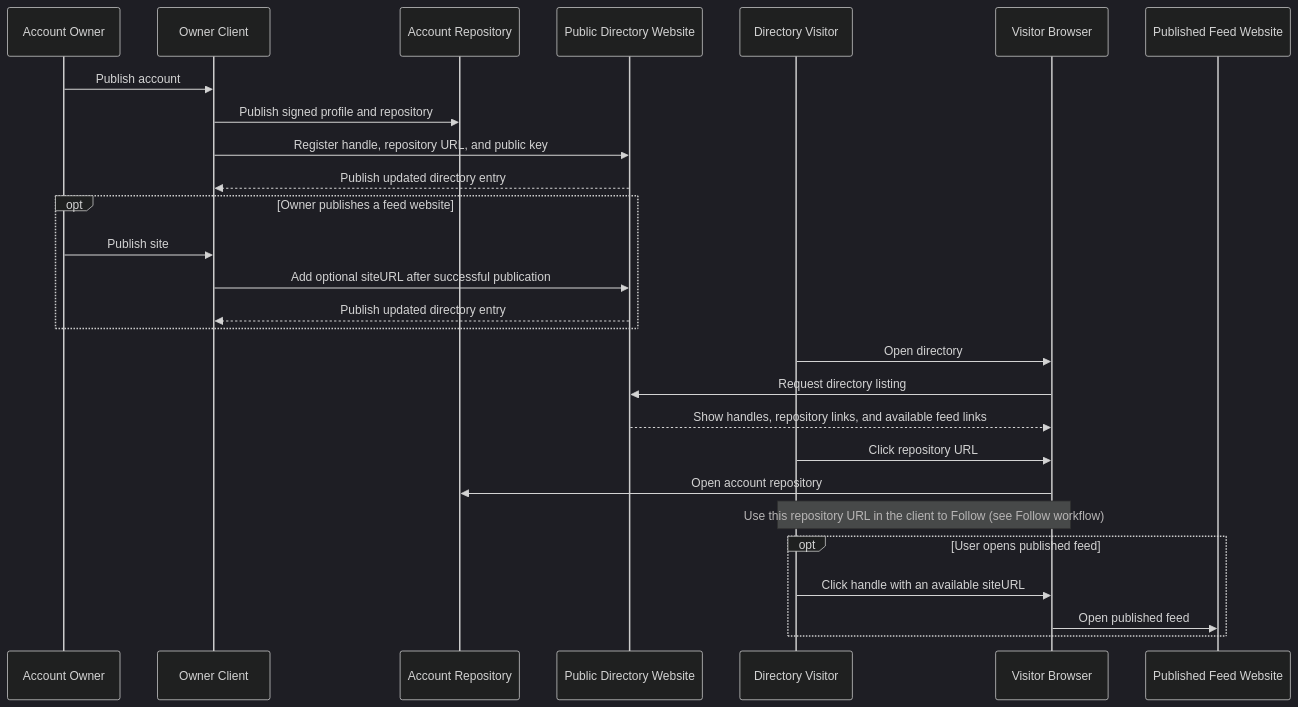
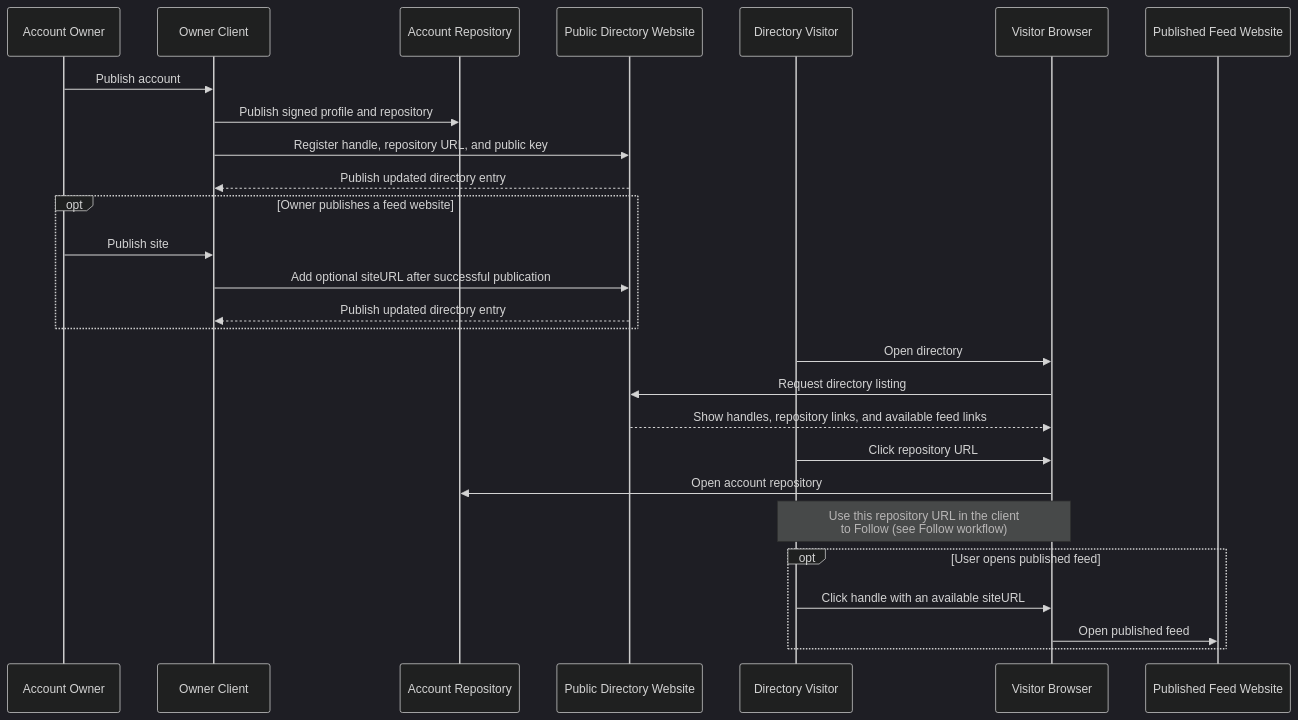
Before and after one commit to gargster/ELEC4712_Decentralised_Blog: the eighth of 8 diagrams in latest_design.md, drawn with Mermaid (dark theme). The commit also changed 1 other file, not shown here.

Commit message:
thesis work

````diff
--- a/latest_design.md
+++ b/latest_design.md
@@ -321,33 +321,33 @@
 ```mermaid
 sequenceDiagram
     participant Owner as Account Owner
     participant OwnerClient as Owner Client
     participant AliceRepo as Account Repository
     participant Directory as Public Directory Website
     participant User as Directory Visitor
     participant Browser as Visitor Browser
     participant Feed as Published Feed Website
 
     Owner->>OwnerClient: Publish account
     OwnerClient->>AliceRepo: Publish signed profile and repository
     OwnerClient->>Directory: Register handle, repository URL, and public key
     Directory-->>OwnerClient: Publish updated directory entry
 
     opt Owner publishes a feed website
         Owner->>OwnerClient: Publish site
         OwnerClient->>Directory: Add optional siteURL after successful publication
         Directory-->>OwnerClient: Publish updated directory entry
     end
 
     User->>Browser: Open directory
     Browser->>Directory: Request directory listing
     Directory-->>Browser: Show handles, repository links, and available feed links
     User->>Browser: Click repository URL
     Browser->>AliceRepo: Open account repository
-    Note over User,Browser: Use this repository URL in the client to Follow (see Follow workflow)
+    Note over User,Browser: Use this repository URL in the client<br/>to Follow (see Follow workflow)
     opt User opens published feed
         User->>Browser: Click handle with an available siteURL
         Browser->>Feed: Open published feed
     end
 
 ```
````
